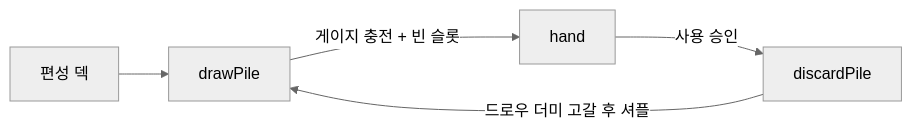
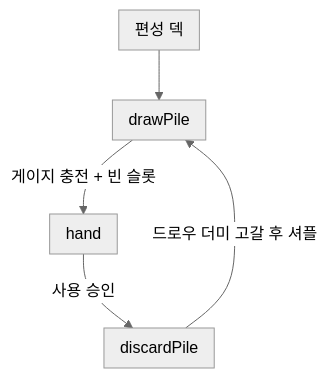
One commit to keeeery/portfolio changed the fourth of 7 diagrams in src/2-Arcanist/TechDoc_Arcanist.md. Above: the diagram before and after it, drawn with Mermaid (neutral theme). The commit also changed other lines of this file and 13 other files, not shown here.

Commit message:
기술 문서: 다이어그램 다듬기와 부가 설명 문구 통일, Arcanist 구조도를 전투·카드 개요로, ODDITY 보스 장 정리와 염동력 시연 GIF, 코드 발췌 머리 주석 통일, 데이터 다시 빌드

````diff
--- a/src/2-Arcanist/TechDoc_Arcanist.md
+++ b/src/2-Arcanist/TechDoc_Arcanist.md
@@ -314,7 +357,10 @@
 ```mermaid
-flowchart LR
+%%{init: {"flowchart": {"padding": 8}}}%%
+flowchart TB
     Deck[편성 덱] --> Draw[drawPile]
     Draw -->|게이지 충전 + 빈 슬롯| Hand[hand]
     Hand -->|사용 승인| Discard[discardPile]
     Discard -->|드로우 더미 고갈 후 셔플| Draw
+%% 격자: Deck | Draw | Hand | Discard
+%% 화살표 Discard -> Draw: 나감=오른쪽 들어감=오른쪽 거리=84
 ```
````
